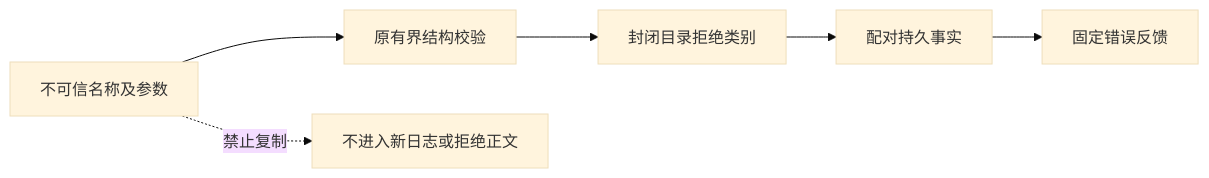
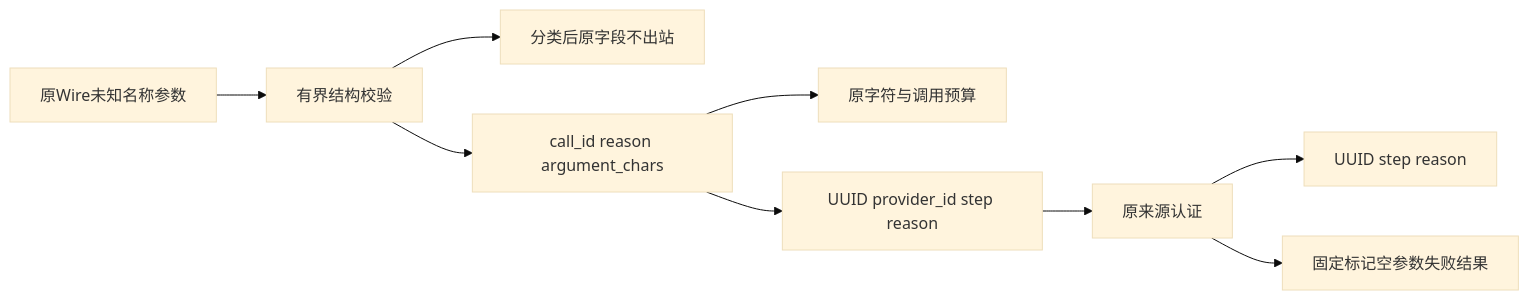
One commit to carrie1988/Harnessix changed the fourth of 4 diagrams in docs/changes/m09-r3-unknown-tool-recovery.md. Above: the diagram before and after it, drawn with Mermaid (base theme). The commit also changed other lines of this file and 99 other files, not shown here.

````diff
--- a/docs/changes/m09-r3-unknown-tool-recovery.md
+++ b/docs/changes/m09-r3-unknown-tool-recovery.md
@@ -216,8 +207,11 @@
 ```mermaid
 flowchart LR
-    Untrusted[不可信名称及参数] --> Validate[原有界结构校验]
-    Validate --> Verdict[封闭目录拒绝类别]
-    Verdict --> Private[配对持久事实]
-    Private --> Feedback[固定错误反馈]
-    Untrusted -. 禁止复制 .-> Drop[不进入新日志或拒绝正文]
+    Raw[原Wire未知名称参数] --> Validate[有界结构校验]
+    Validate --> Drop[分类后原字段不出站]
+    Validate --> Event[call_id reason argument_chars]
+    Event --> Budget[原字符与调用预算]
+    Event --> Fact[UUID provider_id step reason]
+    Fact --> MAC[原来源认证]
+    MAC --> Public[UUID step reason]
+    MAC --> History[固定标记空参数失败结果]
 ```
````
